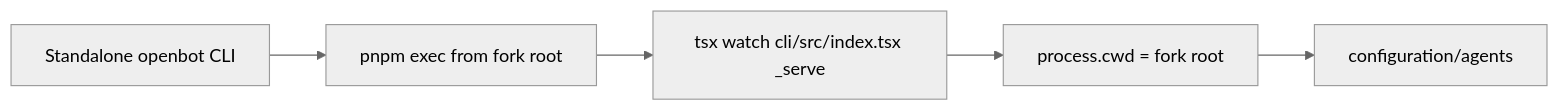
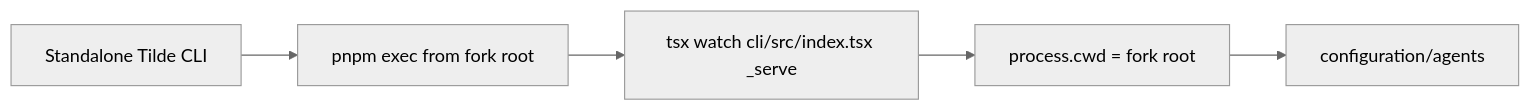
One commit to trytilde/dispatch changed the diagram in docs/updates/40.md. Above: the diagram before and after it, drawn with Mermaid (neutral theme). The commit also changed other lines of this file and 668 other files, not shown here.

````diff
--- a/docs/updates/40.md
+++ b/docs/updates/40.md
@@ -9,7 +9,7 @@
 ```mermaid
 flowchart LR
-  C["Standalone openbot CLI"] --> P["pnpm exec from fork root"]
+  C["Standalone Tilde CLI"] --> P["pnpm exec from fork root"]
   P --> T["tsx watch cli/src/index.tsx _serve"]
   T --> R["process.cwd = fork root"]
   R --> A["configuration/agents"]
 ```
````
